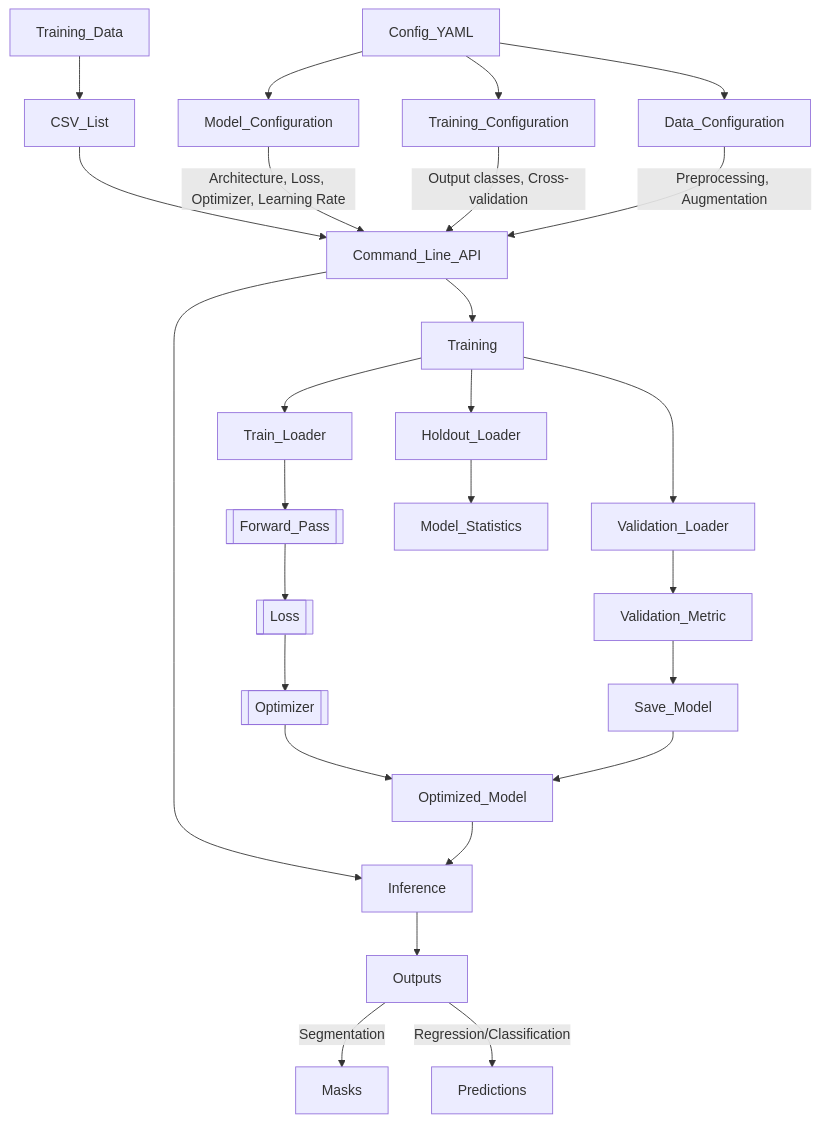
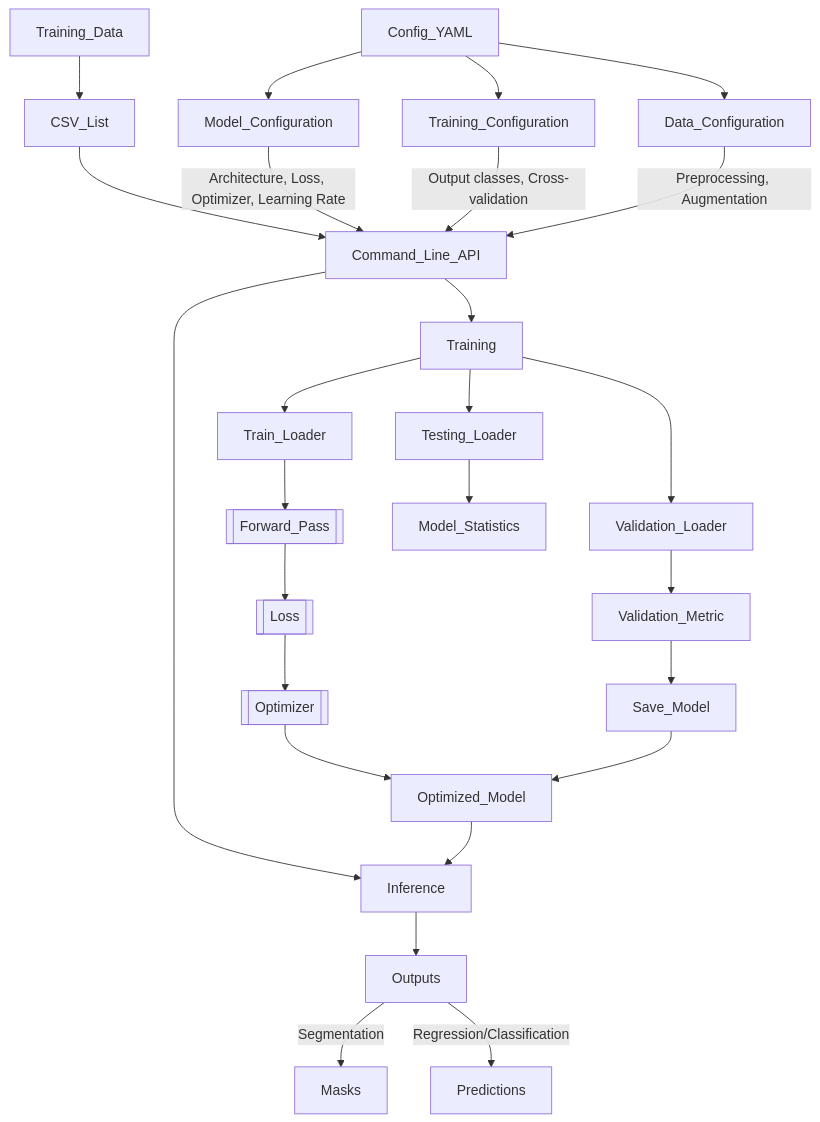
One commit to szmazurek/GaNDLF changed the diagram in docs/README.md. Above: the diagram before and after it, drawn with Mermaid. The commit also changed 8 other files, not shown here.

Commit message:
changed holdout to testing throughout #268

````diff
--- a/docs/README.md
+++ b/docs/README.md
@@ -12,28 +12,28 @@
 ```mermaid
 graph TD;
     Training_Data-->CSV_List;
     CSV_List-->Command_Line_API;
     Config_YAML-->Model_Configuration
     Config_YAML-->Training_Configuration
     Config_YAML-->Data_Configuration
     Model_Configuration-- Architecture, Loss, Optimizer, Learning Rate -->Command_Line_API;
     Training_Configuration-- Output classes, Cross-validation -->Command_Line_API;
     Data_Configuration-- Preprocessing, Augmentation -->Command_Line_API;
     Command_Line_API-->Inference;
     Command_Line_API-->Training;
     Inference-->Outputs;
     Outputs--Segmentation-->Masks;
     Outputs--Regression/Classification-->Predictions;
     Training-->Train_Loader;
     Training-->Validation_Loader;
-    Training-->Holdout_Loader;
+    Training-->Testing_Loader;
     Train_Loader-->FWD[[Forward_Pass]];
     FWD[[Forward_Pass]]-->Loss[[Loss]];
     Loss[[Loss]]-->Optimizer[[Optimizer]];
     Validation_Loader-->Validation_Metric;
     Validation_Metric-->Save_Model;
-    Holdout_Loader-->Model_Statistics;
+    Testing_Loader-->Model_Statistics;
     Optimizer[[Optimizer]]-->Optimized_Model;
     Save_Model-->Optimized_Model;
     Optimized_Model-->Inference;
 ```
````
